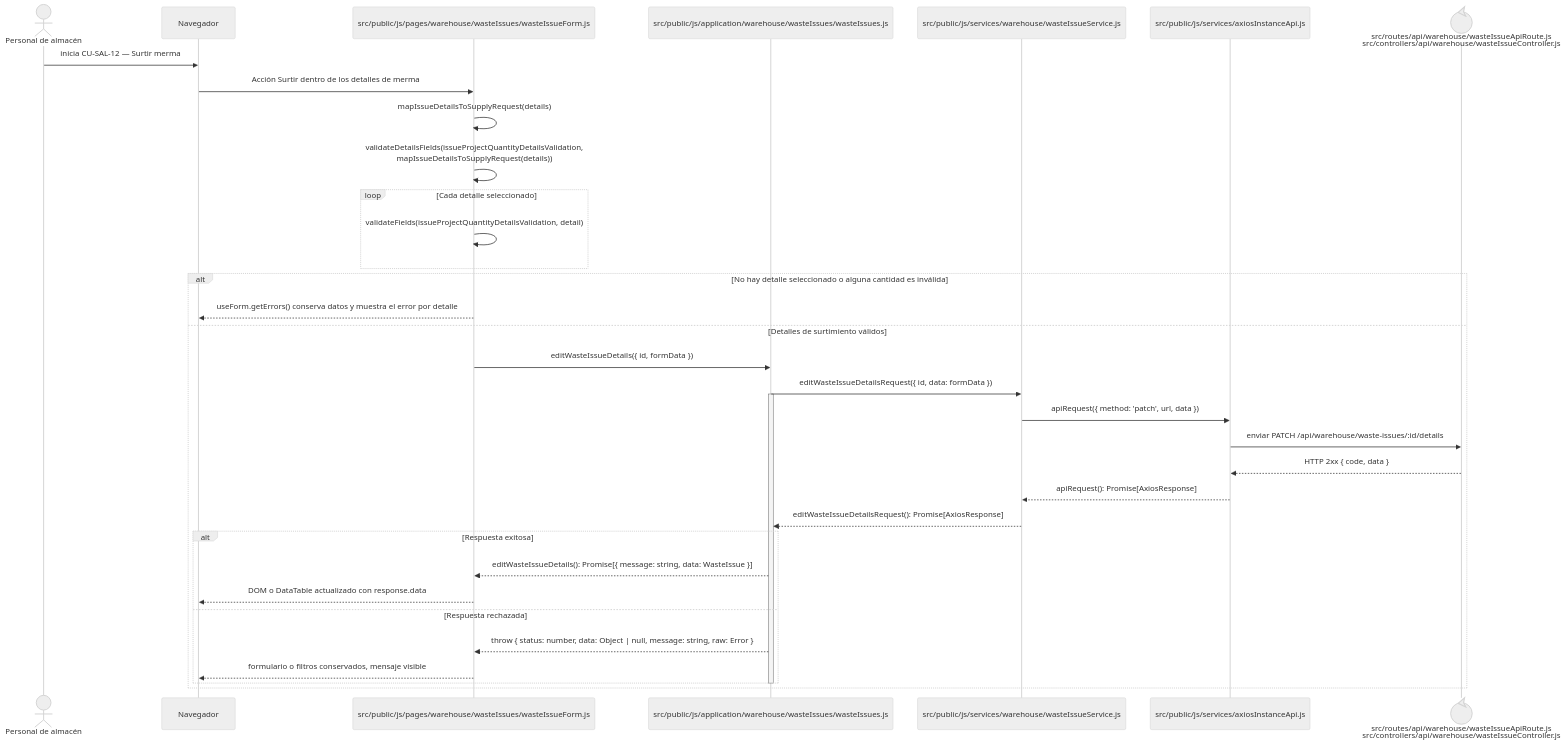
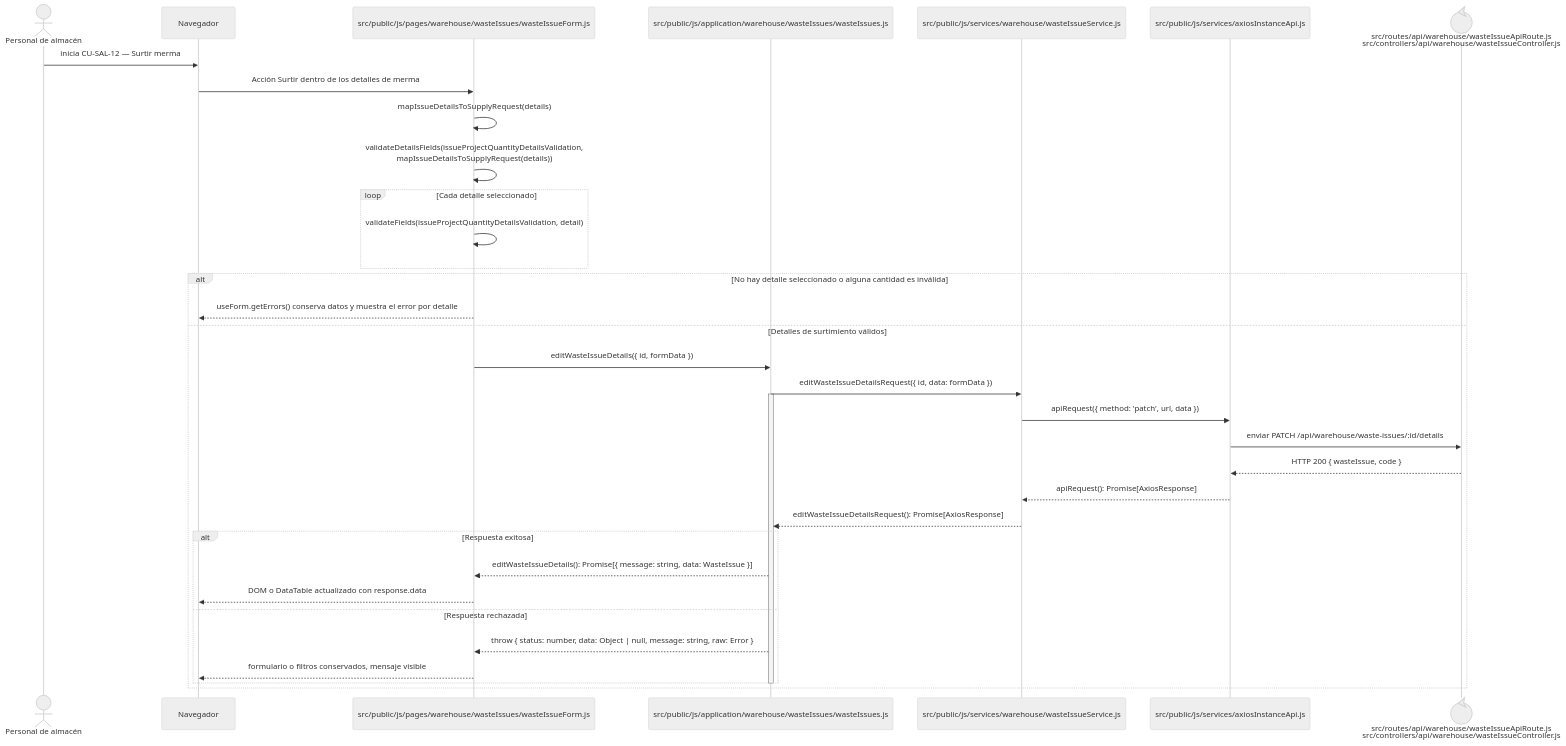
One commit to gpgsistemas01/nexus changed the diagram in docs/architecture/views/processes/frontend-code-sequences/issues/cu-sal-12.md. Above: the diagram before and after it, drawn with Mermaid (neutral theme). The commit also changed 187 other files, not shown here.

````diff
--- a/docs/architecture/views/processes/frontend-code-sequences/issues/cu-sal-12.md
+++ b/docs/architecture/views/processes/frontend-code-sequences/issues/cu-sal-12.md
@@ -6,38 +6,38 @@
 ```mermaid
 sequenceDiagram
     actor Initiator as Personal de almacén
     participant Browser as Navegador
     participant View as src/public/js/pages/warehouse/wasteIssues/wasteIssueForm.js
     participant Application as src/public/js/application/warehouse/wasteIssues/wasteIssues.js
     participant Request as src/public/js/services/warehouse/wasteIssueService.js
     participant HTTP as src/public/js/services/axiosInstanceApi.js
     participant Transport@{ "type": "control" } as src/routes/api/warehouse/wasteIssueApiRoute.js<br/>src/controllers/api/warehouse/wasteIssueController.js
 
     Initiator->>Browser: inicia CU-SAL-12 — Surtir merma
     Browser->>View: Acción Surtir dentro de los detalles de merma
     View->>View: mapIssueDetailsToSupplyRequest(details)
     View->>View: validateDetailsFields(issueProjectQuantityDetailsValidation,<br/>mapIssueDetailsToSupplyRequest(details))
     loop Cada detalle seleccionado
         View->>View: validateFields(issueProjectQuantityDetailsValidation, detail)
     end
     alt No hay detalle seleccionado o alguna cantidad es inválida
         View-->>Browser: useForm.getErrors() conserva datos y muestra el error por detalle
     else Detalles de surtimiento válidos
         View->>Application: editWasteIssueDetails({ id, formData })
         Application->>Request: editWasteIssueDetailsRequest({ id, data: formData })
         activate Application
         Request->>HTTP: apiRequest({ method: 'patch', url, data })
         HTTP->>Transport: enviar PATCH /api/warehouse/waste-issues/:id/details
-        Transport-->>HTTP: HTTP 2xx { code, data }
+        Transport-->>HTTP: HTTP 200 { wasteIssue, code }
         HTTP-->>Request: apiRequest(): Promise[AxiosResponse]
         Request-->>Application: editWasteIssueDetailsRequest(): Promise[AxiosResponse]
         alt Respuesta exitosa
             Application-->>View: editWasteIssueDetails(): Promise[{ message: string, data: WasteIssue }]
             View-->>Browser: DOM o DataTable actualizado con response.data
         else Respuesta rechazada
             Application-->>View: throw { status: number, data: Object | null, message: string, raw: Error }
             View-->>Browser: formulario o filtros conservados, mensaje visible
         end
         deactivate Application
     end
 ```
````
